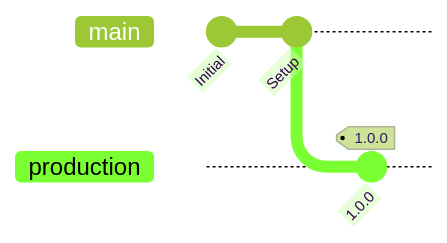
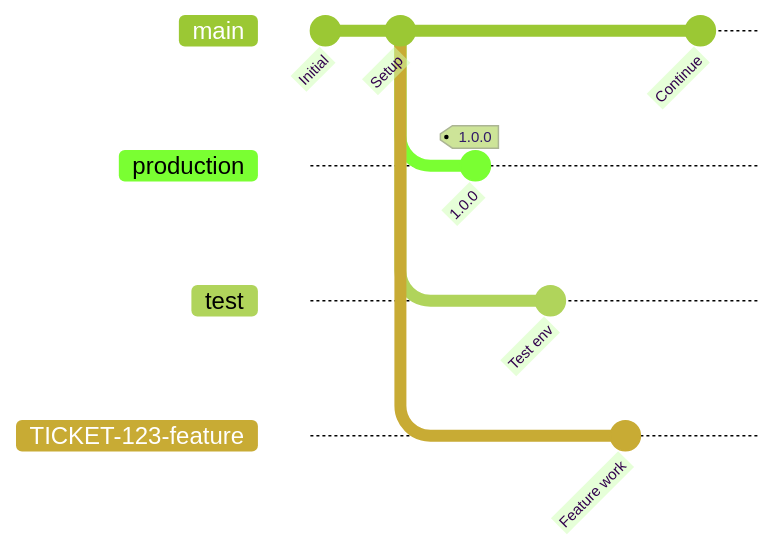
Before and after one commit to wunderio/WunderFlow: the first of 5 diagrams in README.md, drawn with Mermaid (forest theme). The commit also changed other lines of this file, not shown here.

Commit message:
docs(QAG-9): Enhance branch structure and clarify agreements
- add test and feature branches to branch structure diagram
- clarify test env requires SLA/team agreement
- note test env essential for multi-service projects
- add feature branch to branch list
- clarify changelog requires team agreement

Refs: README.md

````diff
--- a/README.md
+++ b/README.md
@@ -16,8 +16,17 @@
 ```mermaid
 gitGraph
     commit id: "Initial"
     commit id: "Setup"
     branch production
     checkout production
     commit id: "1.0.0" tag: "1.0.0"
+    checkout main
+    branch test
+    checkout test
+    commit id: "Test env"
+    checkout main
+    branch TICKET-123-feature
+    commit id: "Feature work"
+    checkout main
+    commit id: "Continue"
 ```
````
